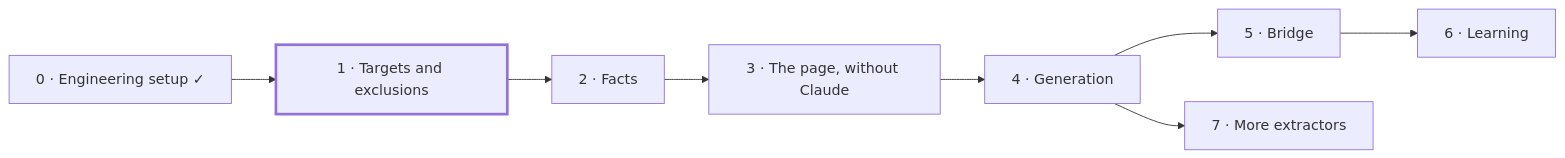
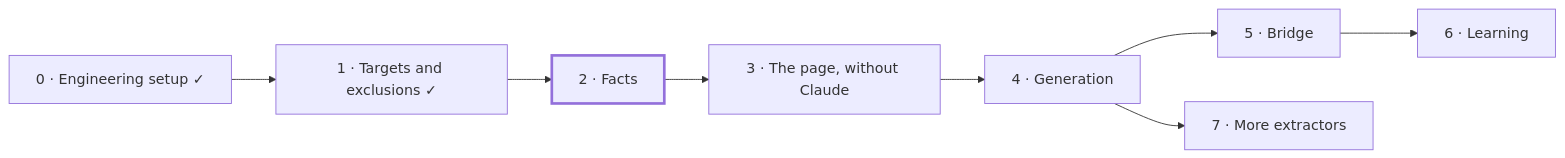
The sixth of 6 diagrams in README.md (mohamed-abdelsattar92/codetrail), drawn with Mermaid before and after one commit. The commit also changed other lines of this file and 6 other files, not shown here.

````diff
--- a/README.md
+++ b/README.md
@@ -236,11 +236,11 @@
 ```mermaid
 flowchart LR
-    P0["0 · Engineering setup ✓"] --> P1["1 · Targets and exclusions"]:::next
-    P1 --> P2["2 · Facts"]
+    P0["0 · Engineering setup ✓"] --> P1["1 · Targets and exclusions ✓"]
+    P1 --> P2["2 · Facts"]:::next
     P2 --> P3["3 · The page, without Claude"]
     P3 --> P4["4 · Generation"]
     P4 --> P5["5 · Bridge"]
     P5 --> P6["6 · Learning"]
     P4 --> P7["7 · More extractors"]
     classDef next stroke-width:3px
 ```
````
